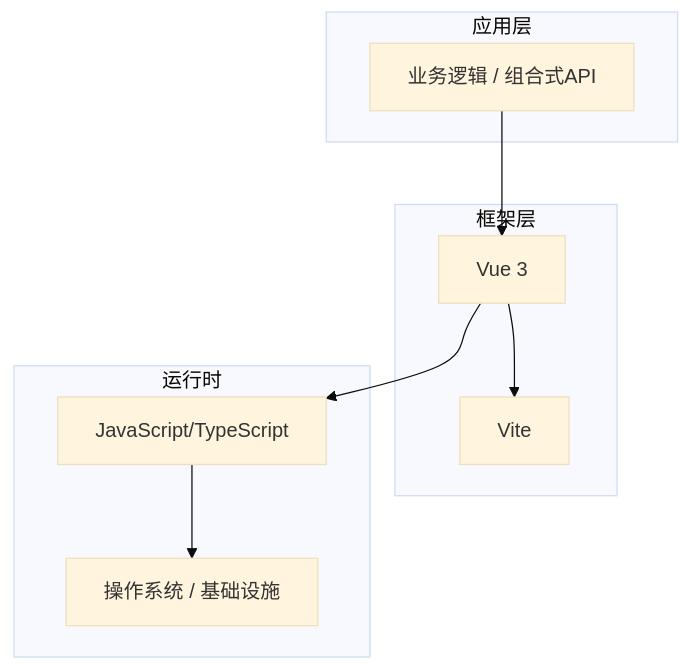
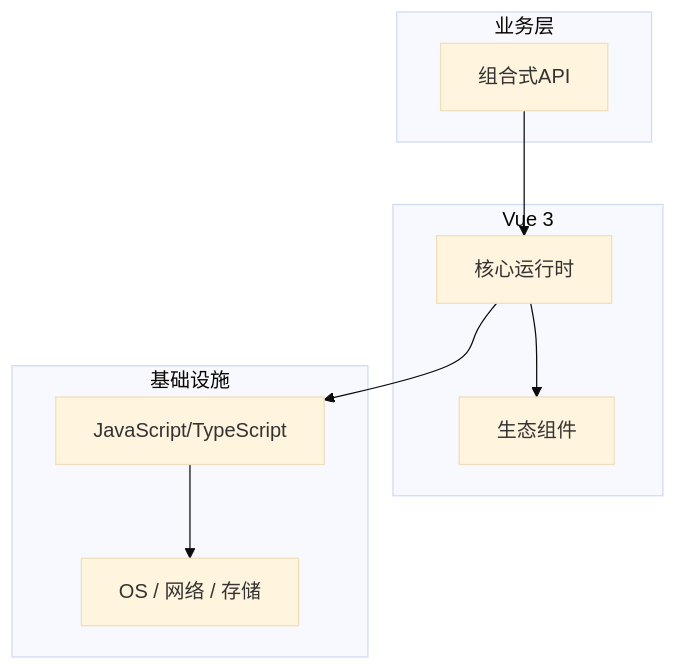
One commit to yanggan2015/knowledge-json-v2 changed the diagram in articles/Vue/chapters/103-组合式API核心概念与原理.md. Above: the diagram before and after it, drawn with Mermaid (base theme). The commit also changed other lines of this file and 10127 other files, not shown here.

````diff
--- a/articles/Vue/chapters/103-组合式API核心概念与原理.md
+++ b/articles/Vue/chapters/103-组合式API核心概念与原理.md
@@ -45,18 +34,18 @@
 ```mermaid
 graph TB
-    subgraph 应用层
-        A[业务逻辑 / 组合式API]
+    subgraph 业务层
+        A[组合式API]
     end
-    subgraph 框架层
-        B[Vue 3]
-        C[Vite]
+    subgraph Vue 3
+        B[核心运行时]
+        C[生态组件]
     end
-    subgraph 运行时
+    subgraph 基础设施
         D[JavaScript/TypeScript]
-        E[操作系统 / 基础设施]
+        E[OS / 网络 / 存储]
     end
     A --> B
     B --> C
     B --> D
     D --> E
 ```
````
